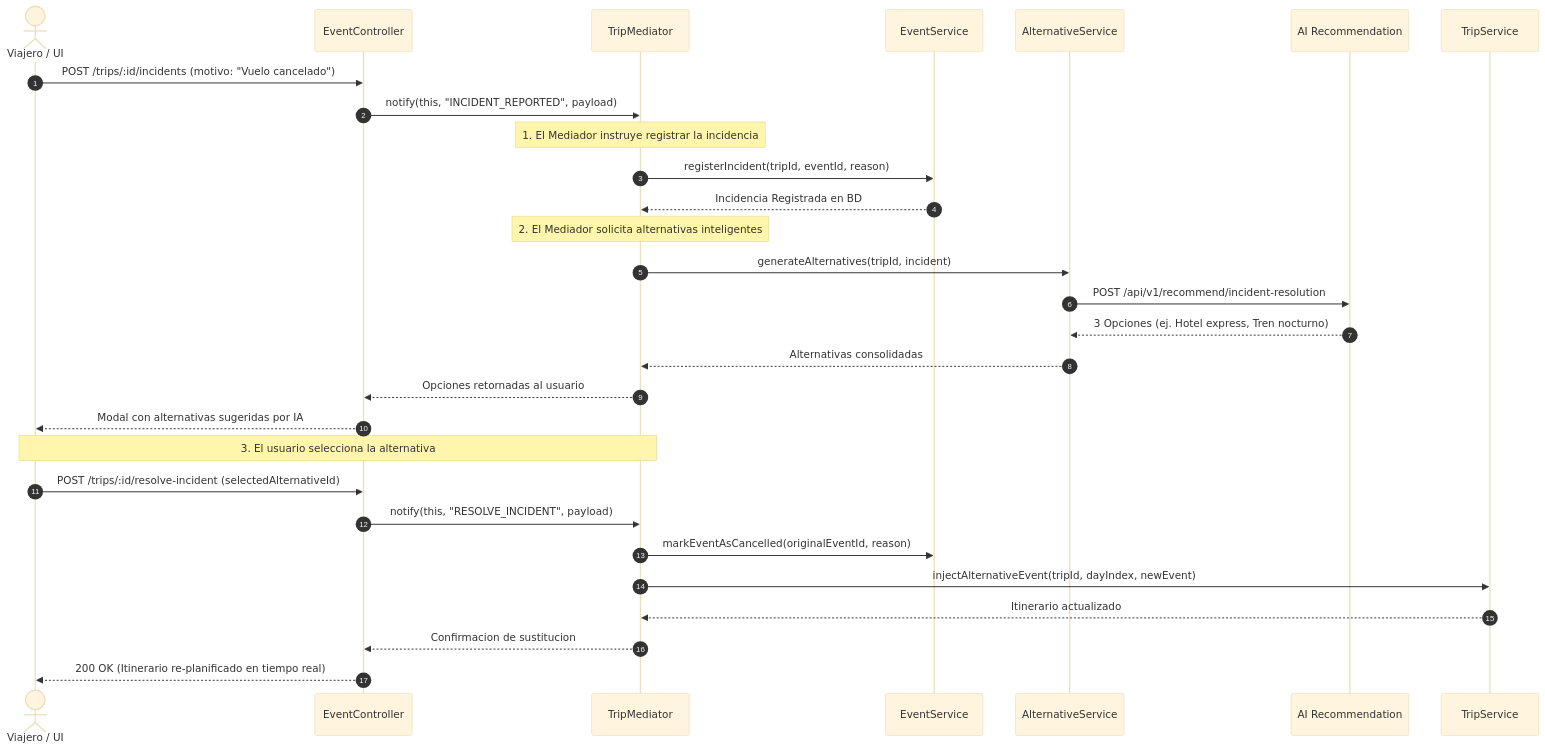
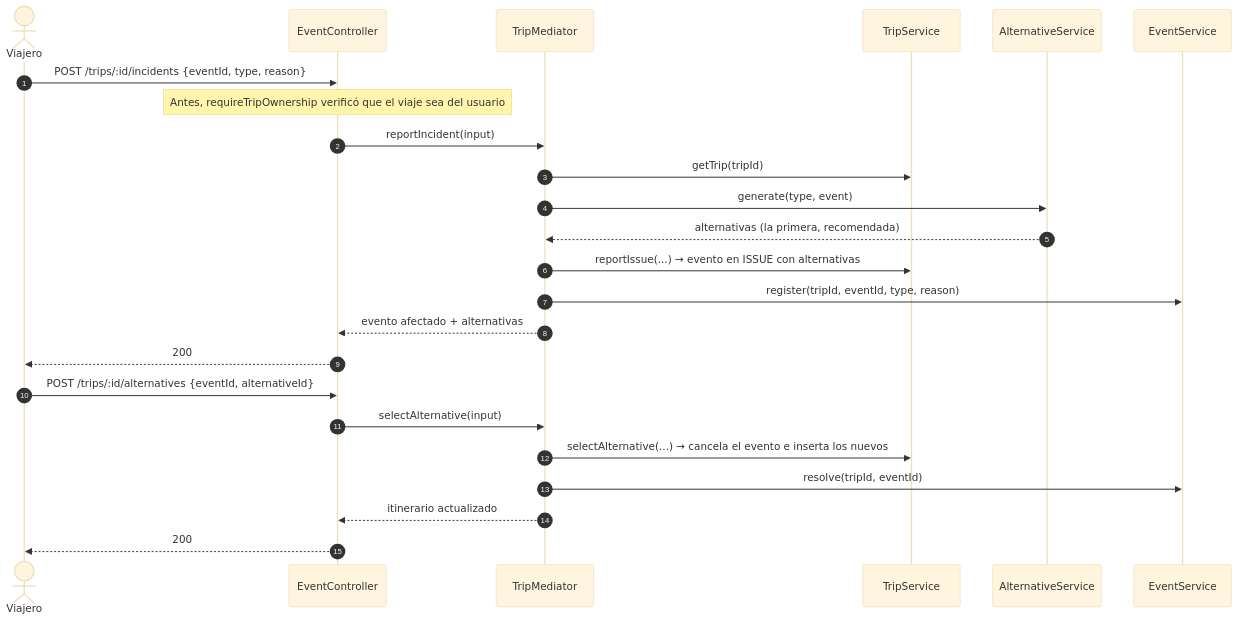
One commit to ALEXYSALCED0/Wayvo changed the seventh of 7 diagrams in docs/c4/c4-level3-components.md. Above: the diagram before and after it, drawn with Mermaid (base theme). The commit also changed other lines of this file and 4 other files, not shown here.

````diff
--- a/docs/c4/c4-level3-components.md
+++ b/docs/c4/c4-level3-components.md
@@ -277,37 +368,28 @@
 ```mermaid
 sequenceDiagram
     autonumber
-    actor Usuario as Viajero / UI
+    actor V as Viajero
     participant Ctrl as EventController
     participant Med as TripMediator
+    participant TripSvc as TripService
+    participant AltSvc as AlternativeService
     participant EvtSvc as EventService
-    participant AltSvc as AlternativeService
-    participant AISvc as AI Recommendation
-    participant TripSvc as TripService
 
-    Usuario->>Ctrl: POST /trips/:id/incidents (motivo: "Vuelo cancelado")
-    Ctrl->>Med: notify(this, "INCIDENT_REPORTED", payload)
-    
-    Note over Med: 1. El Mediador instruye registrar la incidencia
-    Med->>EvtSvc: registerIncident(tripId, eventId, reason)
-    EvtSvc-->>Med: Incidencia Registrada en BD
+    V->>Ctrl: POST /trips/:id/incidents {eventId, type, reason}
+    Note over Ctrl: Antes, requireTripOwnership verificó que el viaje sea del usuario
+    Ctrl->>Med: reportIncident(input)
+    Med->>TripSvc: getTrip(tripId)
+    Med->>AltSvc: generate(type, event)
+    AltSvc-->>Med: alternativas (la primera, recomendada)
+    Med->>TripSvc: reportIssue(...) → evento en ISSUE con alternativas
+    Med->>EvtSvc: register(tripId, eventId, type, reason)
+    Med-->>Ctrl: evento afectado + alternativas
+    Ctrl-->>V: 200
 
-    Note over Med: 2. El Mediador solicita alternativas inteligentes
-    Med->>AltSvc: generateAlternatives(tripId, incident)
-    AltSvc->>AISvc: POST /api/v1/recommend/incident-resolution
-    AISvc-->>AltSvc: 3 Opciones (ej. Hotel express, Tren nocturno)
-    AltSvc-->>Med: Alternativas consolidadas
-
-    Med-->>Ctrl: Opciones retornadas al usuario
-    Ctrl-->>Usuario: Modal con alternativas sugeridas por IA
-
-    Note over Usuario,Med: 3. El usuario selecciona la alternativa #1
-    Usuario->>Ctrl: POST /trips/:id/resolve-incident (selectedAlternativeId)
-    Ctrl->>Med: notify(this, "RESOLVE_INCIDENT", payload)
-
-    Med->>EvtSvc: markEventAsCancelled(originalEventId, reason)
-    Med->>TripSvc: injectAlternativeEvent(tripId, dayIndex, newEvent)
-    TripSvc-->>Med: Itinerario actualizado
-    Med-->>Ctrl: Confirmacion de sustitucion
-    Ctrl-->>Usuario: 200 OK (Itinerario re-planificado en tiempo real)
+    V->>Ctrl: POST /trips/:id/alternatives {eventId, alternativeId}
+    Ctrl->>Med: selectAlternative(input)
+    Med->>TripSvc: selectAlternative(...) → cancela el evento e inserta los nuevos
+    Med->>EvtSvc: resolve(tripId, eventId)
+    Med-->>Ctrl: itinerario actualizado
+    Ctrl-->>V: 200
 ```
````
